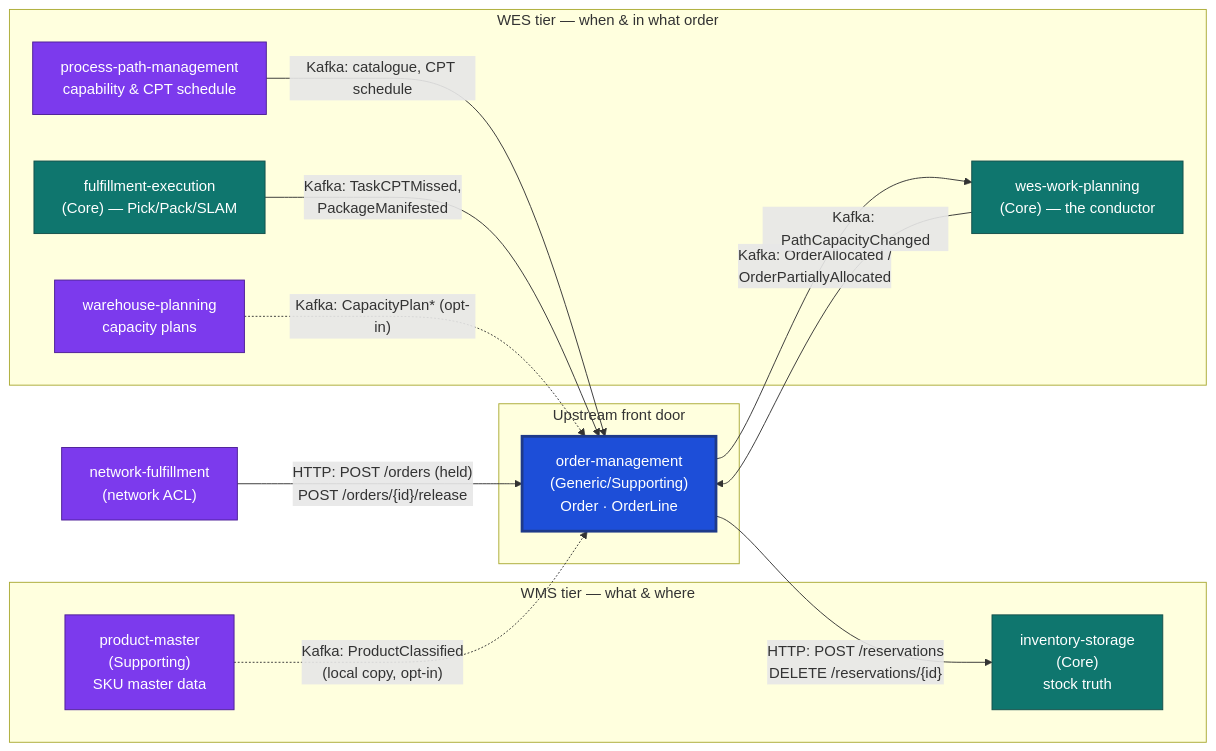
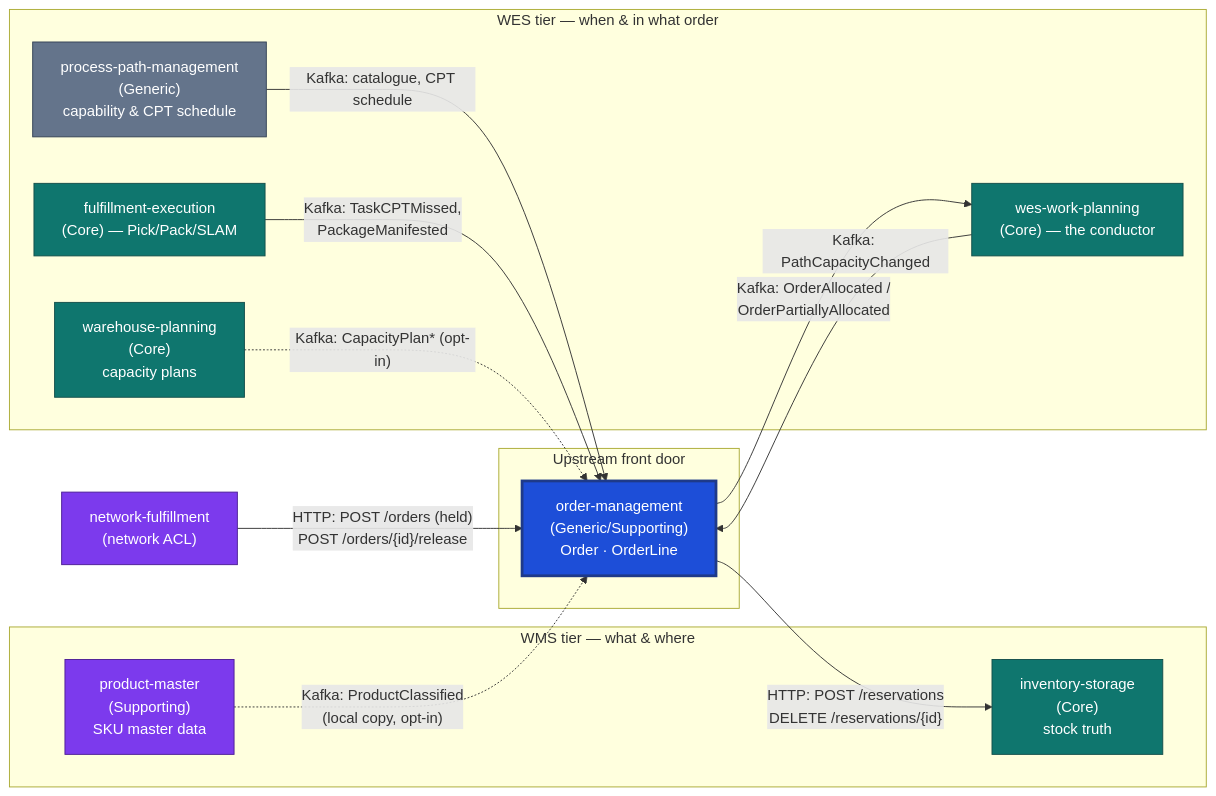
One commit to IQVO/order-management changed the diagram in docs/docs/overview/introduction.md. Above: the diagram before and after it, drawn with Mermaid. The commit also changed other lines of this file and 2 other files, not shown here.

First line of the commit message:
docs: refresh overview pages (introduction, architecture, quickstart)

````diff
--- a/docs/docs/overview/introduction.md
+++ b/docs/docs/overview/introduction.md
@@ -89,33 +90,35 @@
 ```mermaid
 flowchart LR
   NF["network-fulfillment<br/>(network ACL)"]
   subgraph NEW["Upstream front door"]
     OM["order-management<br/>(Generic/Supporting)<br/>Order · OrderLine"]
   end
   subgraph WMS["WMS tier — what & where"]
     INV["inventory-storage<br/>(Core)<br/>stock truth"]
     PMX["product-master<br/>(Supporting)<br/>SKU master data"]
   end
   subgraph WES["WES tier — when & in what order"]
-    PPM["process-path-management<br/>capability & CPT schedule"]
+    PPM["process-path-management<br/>(Generic)<br/>capability & CPT schedule"]
     WP["wes-work-planning<br/>(Core) — the conductor"]
     FE["fulfillment-execution<br/>(Core) — Pick/Pack/SLAM"]
-    WPL["warehouse-planning<br/>capacity plans"]
+    WPL["warehouse-planning<br/>(Core)<br/>capacity plans"]
   end
 
   NF -- "HTTP: POST /orders (held)<br/>POST /orders/{id}/release" --> OM
   OM -- "HTTP: POST /reservations<br/>DELETE /reservations/{id}" --> INV
   PMX -. "Kafka: ProductClassified<br/>(local copy, opt-in)" .-> OM
   OM -- "Kafka: OrderAllocated /<br/>OrderPartiallyAllocated" --> WP
   PPM -- "Kafka: catalogue, CPT schedule" --> OM
   WP -- "Kafka: PathCapacityChanged" --> OM
   FE -- "Kafka: TaskCPTMissed,<br/>PackageManifested" --> OM
   WPL -. "Kafka: CapacityPlan* (opt-in)" .-> OM
 
   classDef this fill:#1d4ed8,stroke:#1e3a8a,color:#fff,stroke-width:3px;
   classDef core fill:#0f766e,stroke:#134e4a,color:#fff;
   classDef supp fill:#7c3aed,stroke:#4c1d95,color:#fff;
+  classDef gen fill:#64748b,stroke:#334155,color:#fff;
   class OM this;
-  class INV,WP,FE core;
-  class PPM,NF,WPL,PMX supp;
+  class INV,WP,FE,WPL core;
+  class NF,PMX supp;
+  class PPM gen;
 ```
````
